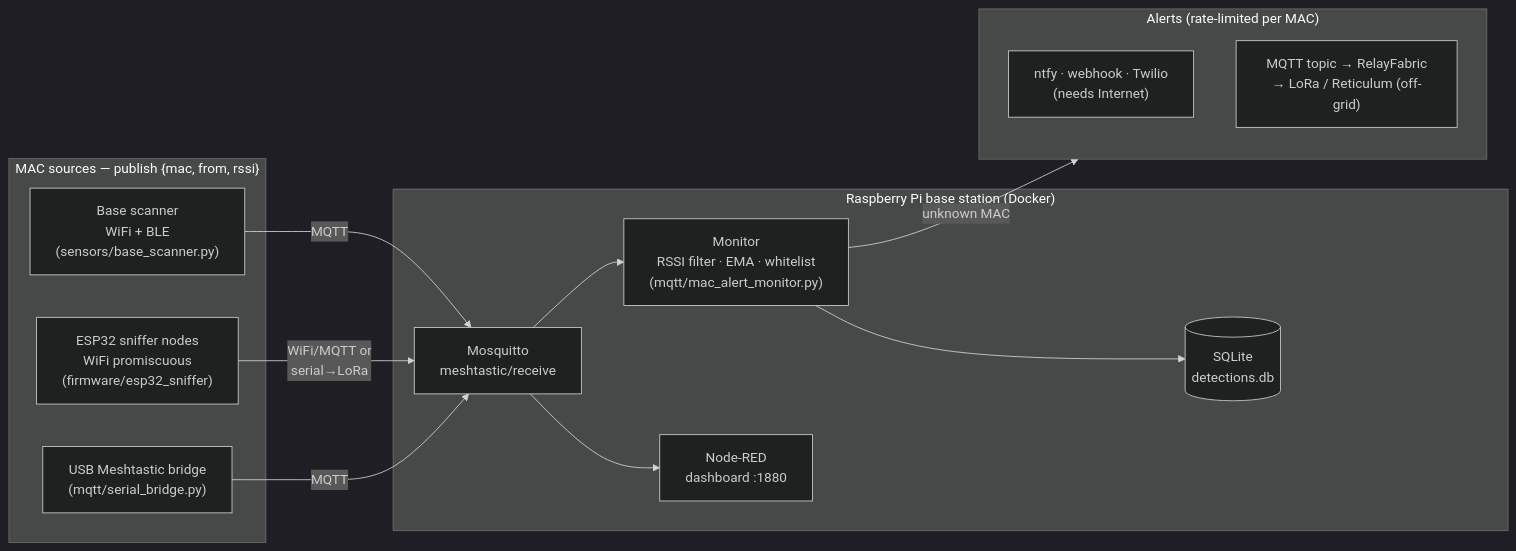
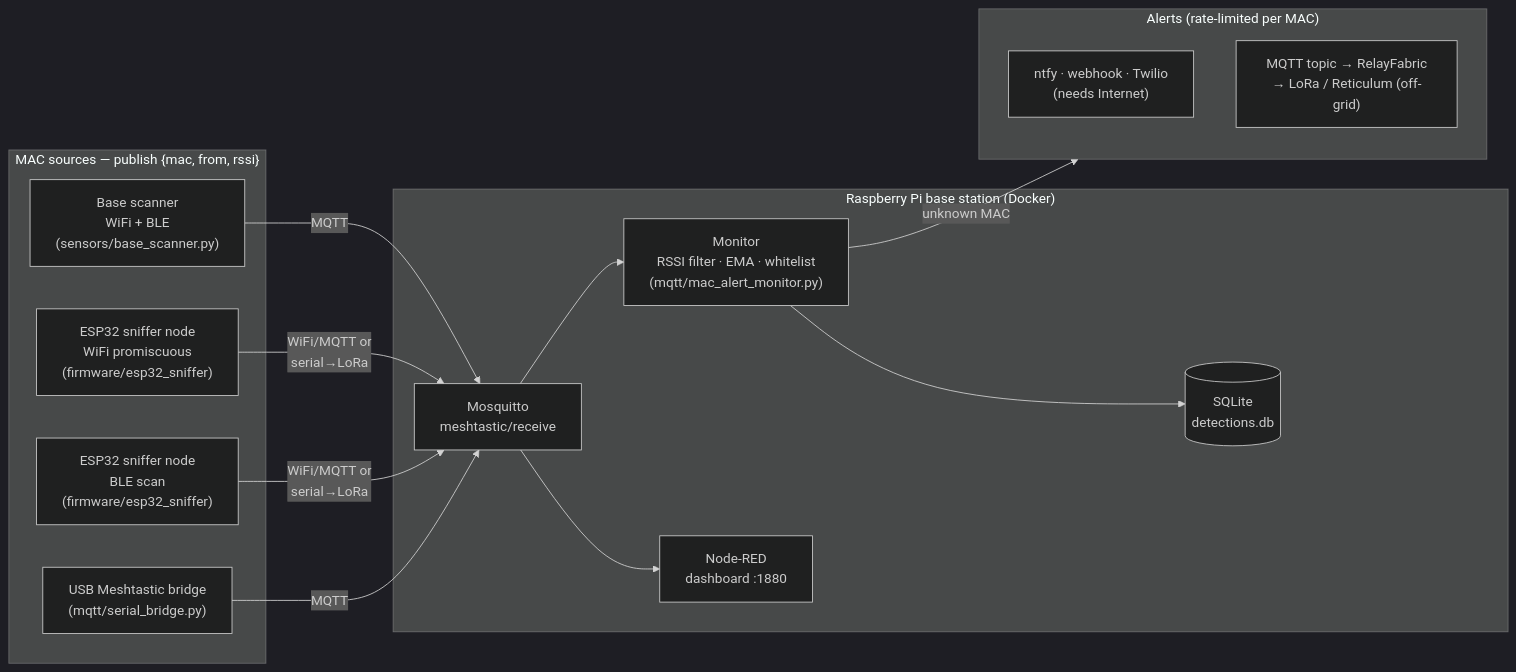
One commit to OutandBack/meshtripwire changed the diagram in README.md. Above: the diagram before and after it, drawn with Mermaid (dark theme).

Commit message:
README: show BLE sniffer node in architecture diagram

````diff
--- a/README.md
+++ b/README.md
@@ -9,28 +9,30 @@
 ```mermaid
 flowchart LR
     subgraph sensors["MAC sources — publish {mac, from, rssi}"]
         S1["Base scanner<br/>WiFi + BLE<br/>(sensors/base_scanner.py)"]
-        S2["ESP32 sniffer nodes<br/>WiFi promiscuous<br/>(firmware/esp32_sniffer)"]
+        S2["ESP32 sniffer node<br/>WiFi promiscuous<br/>(firmware/esp32_sniffer)"]
+        S4["ESP32 sniffer node<br/>BLE scan<br/>(firmware/esp32_sniffer)"]
         S3["USB Meshtastic bridge<br/>(mqtt/serial_bridge.py)"]
     end
 
     S1 -->|MQTT| BROKER
     S2 -->|WiFi/MQTT or<br/>serial→LoRa| BROKER
+    S4 -->|WiFi/MQTT or<br/>serial→LoRa| BROKER
     S3 -->|MQTT| BROKER
 
     subgraph base["Raspberry Pi base station (Docker)"]
         BROKER["Mosquitto<br/>meshtastic/receive"]
         MON["Monitor<br/>RSSI filter · EMA · whitelist<br/>(mqtt/mac_alert_monitor.py)"]
         DB[("SQLite<br/>detections.db")]
         NR["Node-RED<br/>dashboard :1880"]
         BROKER --> MON
         BROKER --> NR
         MON --> DB
     end
 
     MON -->|unknown MAC| ALERTS
     subgraph ALERTS["Alerts (rate-limited per MAC)"]
         A1["ntfy · webhook · Twilio<br/>(needs Internet)"]
         A2["MQTT topic → RelayFabric<br/>→ LoRa / Reticulum (off-grid)"]
     end
 ```
````
